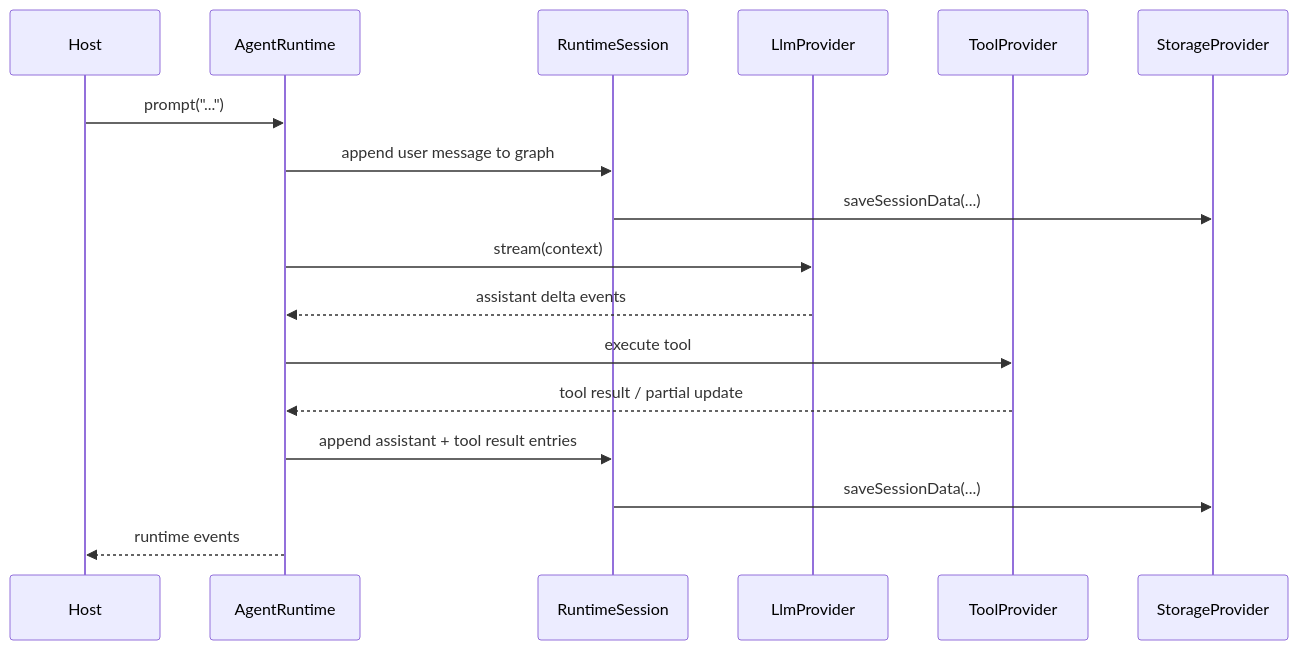
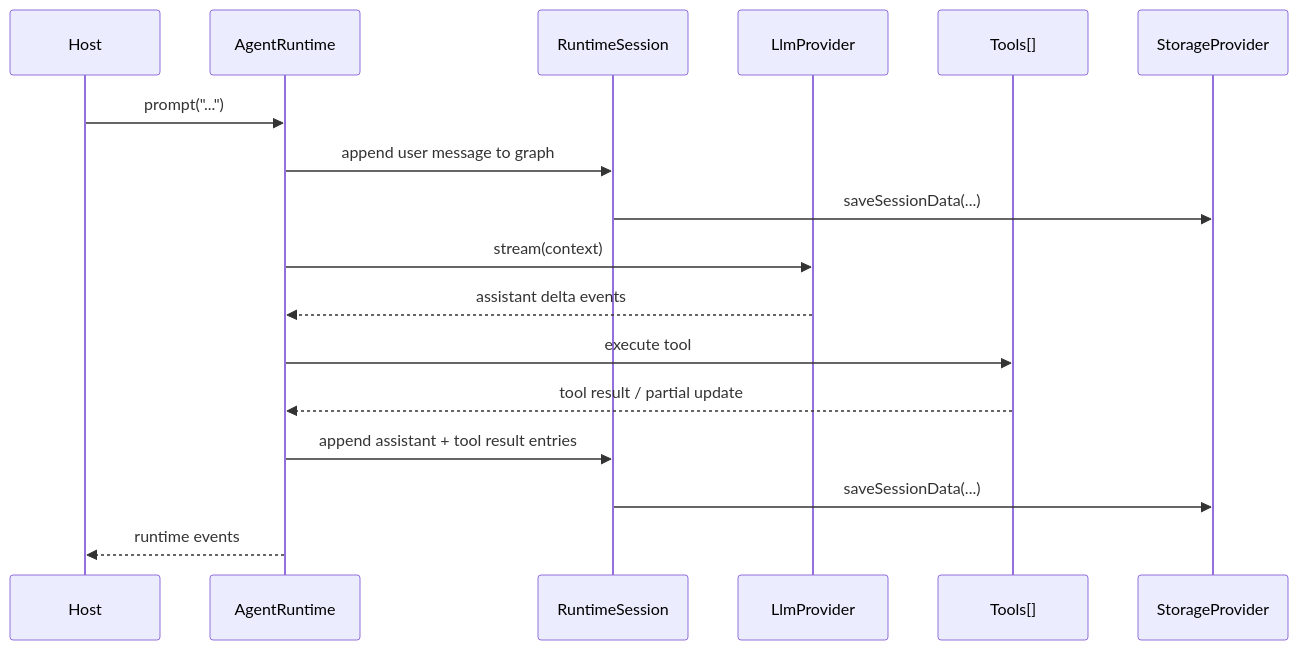
One commit to HoPGoldy/web-agent-runtime changed the fourth of 5 diagrams in .spec-flow/active/browser-agent-sdk-v1/design.md. Above: the diagram before and after it, drawn with Mermaid. The commit also changed other lines of this file and 51 other files, not shown here.

````diff
--- a/.spec-flow/active/browser-agent-sdk-v1/design.md
+++ b/.spec-flow/active/browser-agent-sdk-v1/design.md
@@ -278,20 +278,20 @@
 ```mermaid
 sequenceDiagram
     participant H as Host
     participant R as AgentRuntime
     participant S as RuntimeSession
     participant L as LlmProvider
-    participant T as ToolProvider
+    participant T as Tools[]
     participant P as StorageProvider
 
     H->>R: prompt("...")
     R->>S: append user message to graph
     S->>P: saveSessionData(...)
     R->>L: stream(context)
     L-->>R: assistant delta events
     R->>T: execute tool
     T-->>R: tool result / partial update
     R->>S: append assistant + tool result entries
     S->>P: saveSessionData(...)
     R-->>H: runtime events
 ```
````
